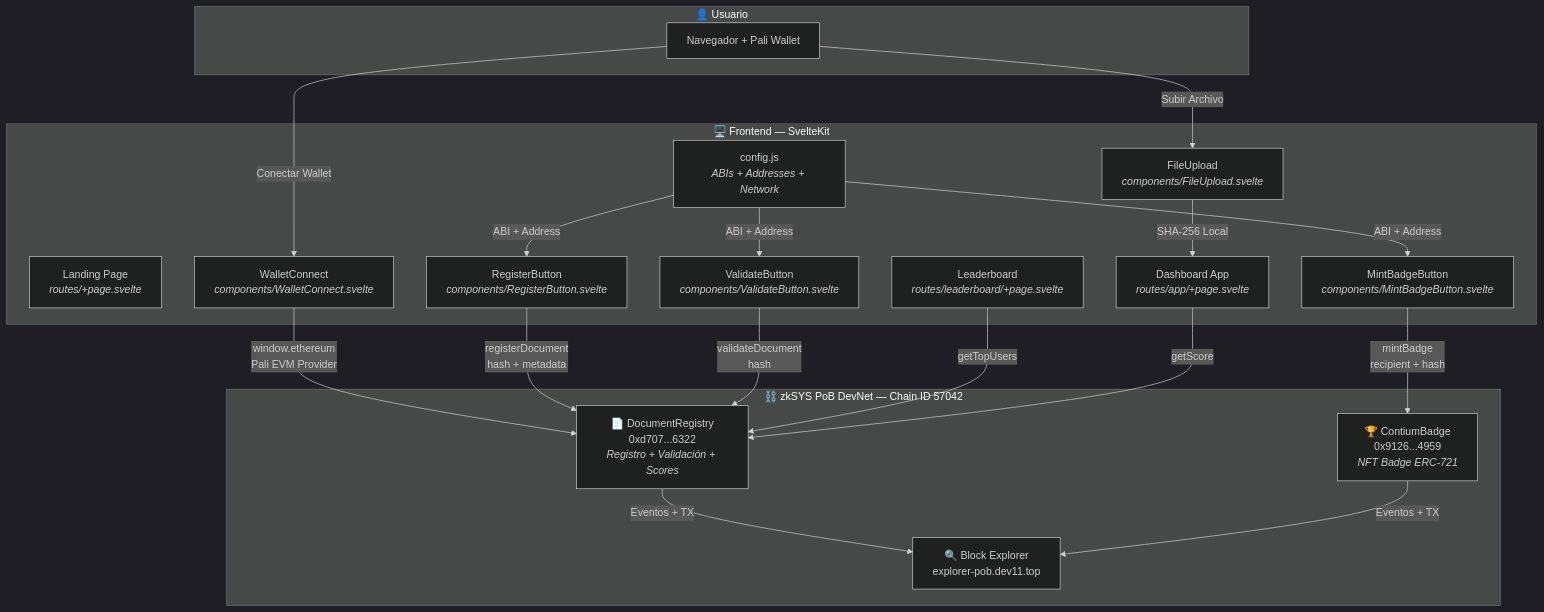
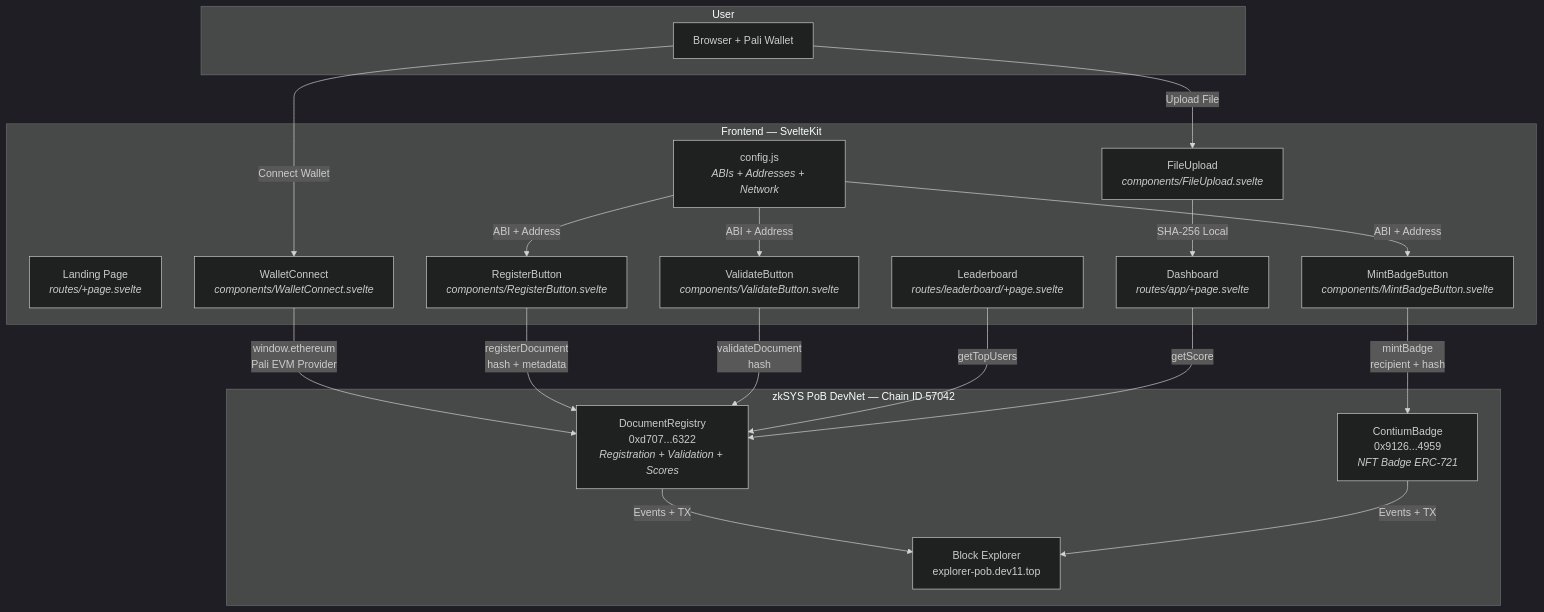
One commit to Palmarea/contium-dapp changed the first of 2 diagrams in docs/ARCHITECTURE.md. Above: the diagram before and after it, drawn with Mermaid (dark theme). The commit also changed other lines of this file and 5 other files, not shown here.

````diff
--- a/docs/ARCHITECTURE.md
+++ b/docs/ARCHITECTURE.md
@@ -5,39 +5,39 @@
 ```mermaid
 graph TB
-    subgraph Usuario["👤 Usuario"]
-        A[Navegador + Pali Wallet]
+    subgraph User["User"]
+        A[Browser + Pali Wallet]
     end
 
-    subgraph Frontend["🖥️ Frontend — SvelteKit"]
+    subgraph Frontend["Frontend — SvelteKit"]
         B[Landing Page<br/><i>routes/+page.svelte</i>]
-        C[Dashboard App<br/><i>routes/app/+page.svelte</i>]
+        C[Dashboard<br/><i>routes/app/+page.svelte</i>]
         D[Leaderboard<br/><i>routes/leaderboard/+page.svelte</i>]
         E[WalletConnect<br/><i>components/WalletConnect.svelte</i>]
         F[FileUpload<br/><i>components/FileUpload.svelte</i>]
         G[RegisterButton<br/><i>components/RegisterButton.svelte</i>]
         H[ValidateButton<br/><i>components/ValidateButton.svelte</i>]
         I[MintBadgeButton<br/><i>components/MintBadgeButton.svelte</i>]
         J[config.js<br/><i>ABIs + Addresses + Network</i>]
     end
 
-    subgraph Blockchain["⛓️ zkSYS PoB DevNet — Chain ID 57042"]
-        K["📄 DocumentRegistry<br/>0xd707...6322<br/><i>Registro + Validación + Scores</i>"]
-        L["🏆 ContiumBadge<br/>0x9126...4959<br/><i>NFT Badge ERC-721</i>"]
-        M["🔍 Block Explorer<br/>explorer-pob.dev11.top"]
+    subgraph Blockchain["zkSYS PoB DevNet — Chain ID 57042"]
+        K["DocumentRegistry<br/>0xd707...6322<br/><i>Registration + Validation + Scores</i>"]
+        L["ContiumBadge<br/>0x9126...4959<br/><i>NFT Badge ERC-721</i>"]
+        M["Block Explorer<br/>explorer-pob.dev11.top"]
     end
 
-    A -->|Conectar Wallet| E
-    A -->|Subir Archivo| F
+    A -->|Connect Wallet| E
+    A -->|Upload File| F
     F -->|SHA-256 Local| C
     E -->|window.ethereum<br/>Pali EVM Provider| K
     G -->|registerDocument<br/>hash + metadata| K
     H -->|validateDocument<br/>hash| K
     I -->|mintBadge<br/>recipient + hash| L
-    K -->|Eventos + TX| M
-    L -->|Eventos + TX| M
+    K -->|Events + TX| M
+    L -->|Events + TX| M
     D -->|getTopUsers| K
     C -->|getScore| K
     J -->|ABI + Address| G
     J -->|ABI + Address| H
     J -->|ABI + Address| I
 ```
````
